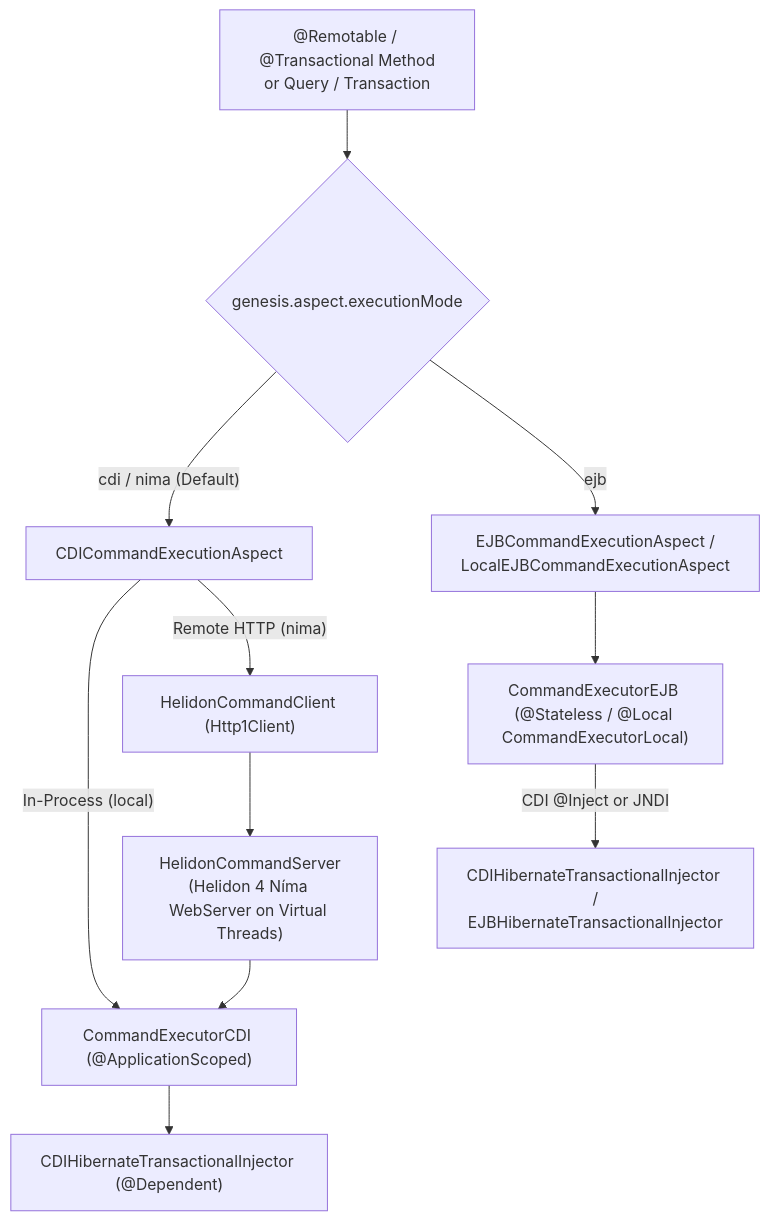
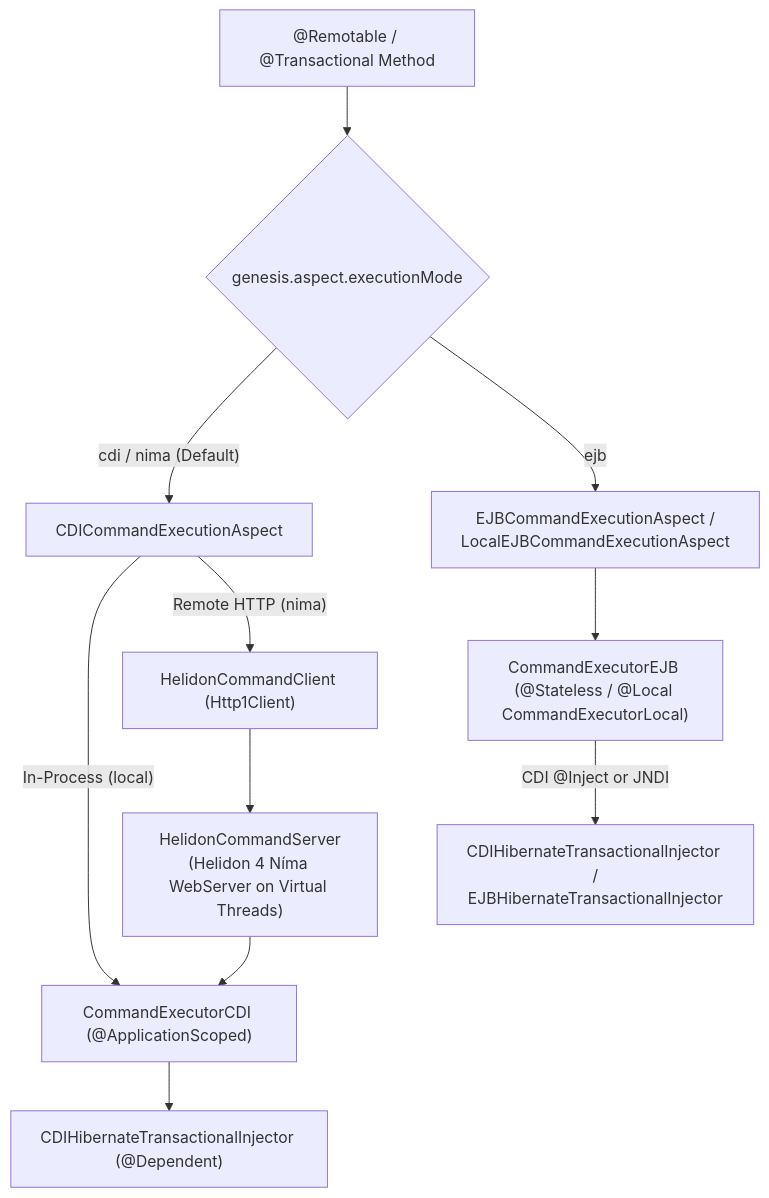
One commit to kyogoiano/neon-genesis changed the diagram in docs/server-profiles.md. Above: the diagram before and after it, drawn with Mermaid. The commit also changed 60 other files, not shown here.

````diff
--- a/docs/server-profiles.md
+++ b/docs/server-profiles.md
@@ -5,15 +5,15 @@
 ```mermaid
 flowchart TD
-    Cmd["@Remotable / @Transactional Method\nor Query / Transaction"] --> Mode{"genesis.aspect.executionMode"}
+    Cmd["@Remotable / @Transactional Method"] --> Mode{"genesis.aspect.executionMode"}
     Mode -->|"cdi / nima (Default)"| CDI["CDICommandExecutionAspect"]
     Mode -->|"ejb"| EJB["EJBCommandExecutionAspect /\nLocalEJBCommandExecutionAspect"]
 
     CDI -->|"In-Process (local)"| ExecCDI["CommandExecutorCDI (@ApplicationScoped)"]
     CDI -->|"Remote HTTP (nima)"| NimaClient["HelidonCommandClient (Http1Client)"]
     NimaClient --> NimaServer["HelidonCommandServer\n(Helidon 4 Níma WebServer on Virtual Threads)"]
     NimaServer --> ExecCDI
     ExecCDI --> CDIInj["CDIHibernateTransactionalInjector (@Dependent)"]
 
     EJB --> ExecEJB["CommandExecutorEJB (@Stateless / @Local CommandExecutorLocal)"]
     ExecEJB -->|"CDI @Inject or JNDI"| EJBInj["CDIHibernateTransactionalInjector /\nEJBHibernateTransactionalInjector"]
 ```
````
